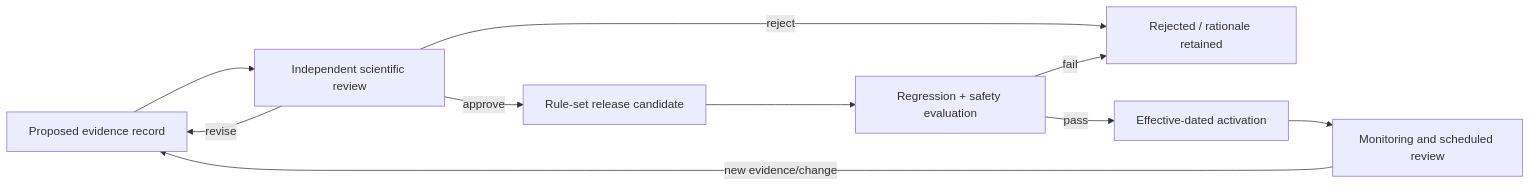
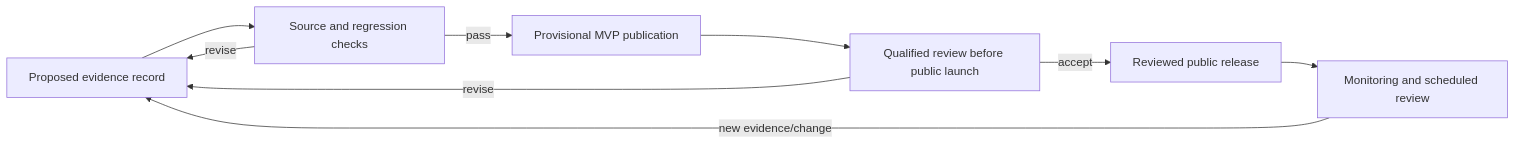
One commit to shari-ar/Nutrixx changed the diagram in docs/quality/scientific-evidence-policy.md. Above: the diagram before and after it, drawn with Mermaid. The commit also changed other lines of this file and 28 other files, not shown here.

````diff
--- a/docs/quality/scientific-evidence-policy.md
+++ b/docs/quality/scientific-evidence-policy.md
@@ -36,12 +37,11 @@
 ```mermaid
 flowchart LR
-    P[Proposed evidence record] --> R[Independent scientific review]
-    R -->|reject| X[Rejected / rationale retained]
+    P[Proposed evidence record] --> E[Source and regression checks]
+    E -->|pass| V[Provisional MVP publication]
+    E -->|revise| P
+    V --> R[Qualified review before public launch]
     R -->|revise| P
-    R -->|approve| C[Rule-set release candidate]
-    C --> E[Regression + safety evaluation]
-    E -->|pass| A[Effective-dated activation]
-    E -->|fail| X
+    R -->|accept| A[Reviewed public release]
     A --> M[Monitoring and scheduled review]
     M -->|new evidence/change| P
 ```
````
